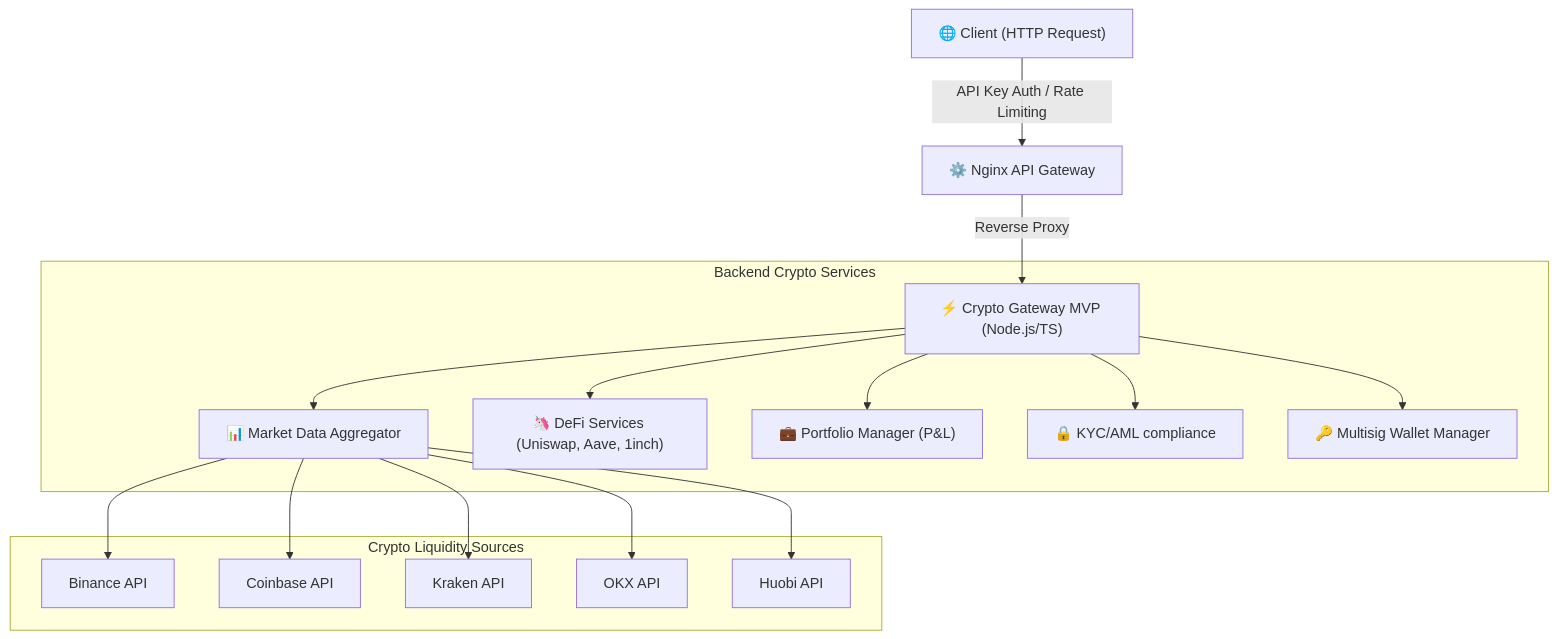
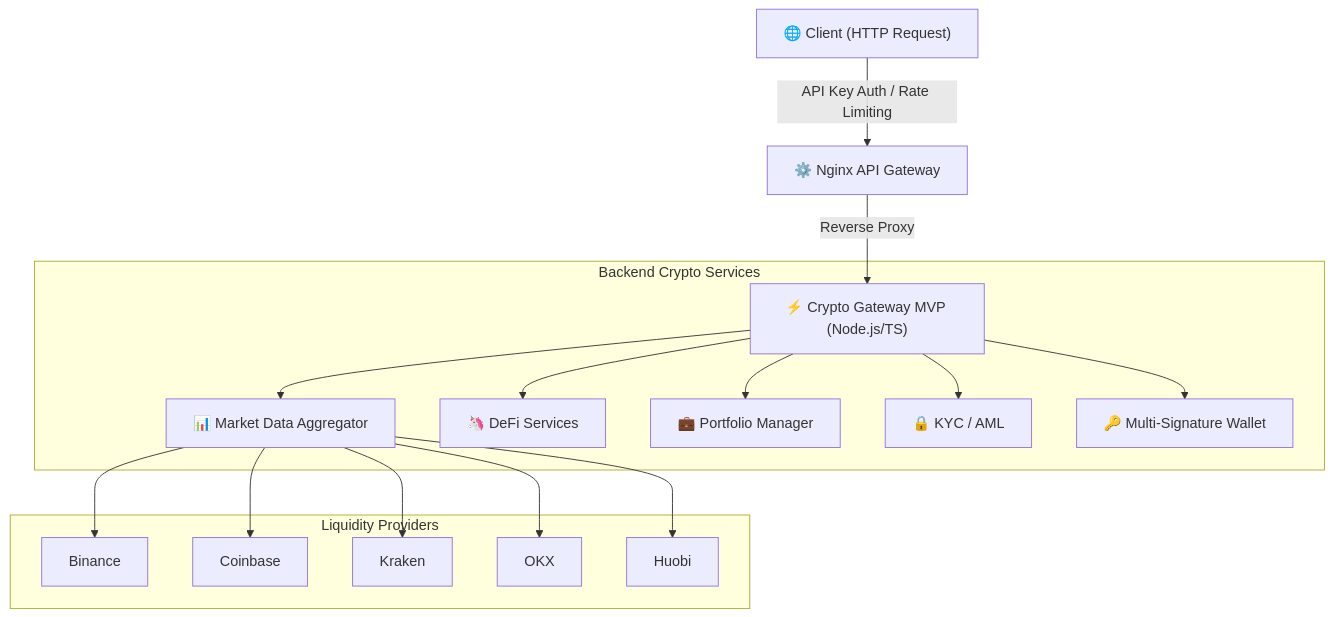
Before and after one commit to rootmese/startX: the diagram in README.md, drawn with Mermaid. The commit also changed other lines of this file, not shown here.

````diff
--- a/README.md
+++ b/README.md
@@ -11,21 +13,21 @@
 ```mermaid
 graph TD
     Client["🌐 Client (HTTP Request)"] -->|API Key Auth / Rate Limiting| Nginx["⚙️ Nginx API Gateway"]
     Nginx -->|Reverse Proxy| NodeApp["⚡ Crypto Gateway MVP (Node.js/TS)"]
-    
+
     subgraph Services ["Backend Crypto Services"]
         NodeApp --> Aggregator["📊 Market Data Aggregator"]
-        NodeApp --> DeFi["🦄 DeFi Services (Uniswap, Aave, 1inch)"]
-        NodeApp --> Portfolio["💼 Portfolio Manager (P&L)"]
-        NodeApp --> KYC["🔒 KYC/AML compliance"]
-        NodeApp --> MultiSig["🔑 Multisig Wallet Manager"]
+        NodeApp --> DeFi["🦄 DeFi Services"]
+        NodeApp --> Portfolio["💼 Portfolio Manager"]
+        NodeApp --> KYC["🔒 KYC / AML"]
+        NodeApp --> MultiSig["🔑 Multi-Signature Wallet"]
     end
-    
-    subgraph External ["Crypto Liquidity Sources"]
-        Aggregator --> Binance["Binance API"]
-        Aggregator --> Coinbase["Coinbase API"]
-        Aggregator --> Kraken["Kraken API"]
-        Aggregator --> OKX["OKX API"]
-        Aggregator --> Huobi["Huobi API"]
+
+    subgraph External ["Liquidity Providers"]
+        Aggregator --> Binance["Binance"]
+        Aggregator --> Coinbase["Coinbase"]
+        Aggregator --> Kraken["Kraken"]
+        Aggregator --> OKX["OKX"]
+        Aggregator --> Huobi["Huobi"]
     end
 ```
````
